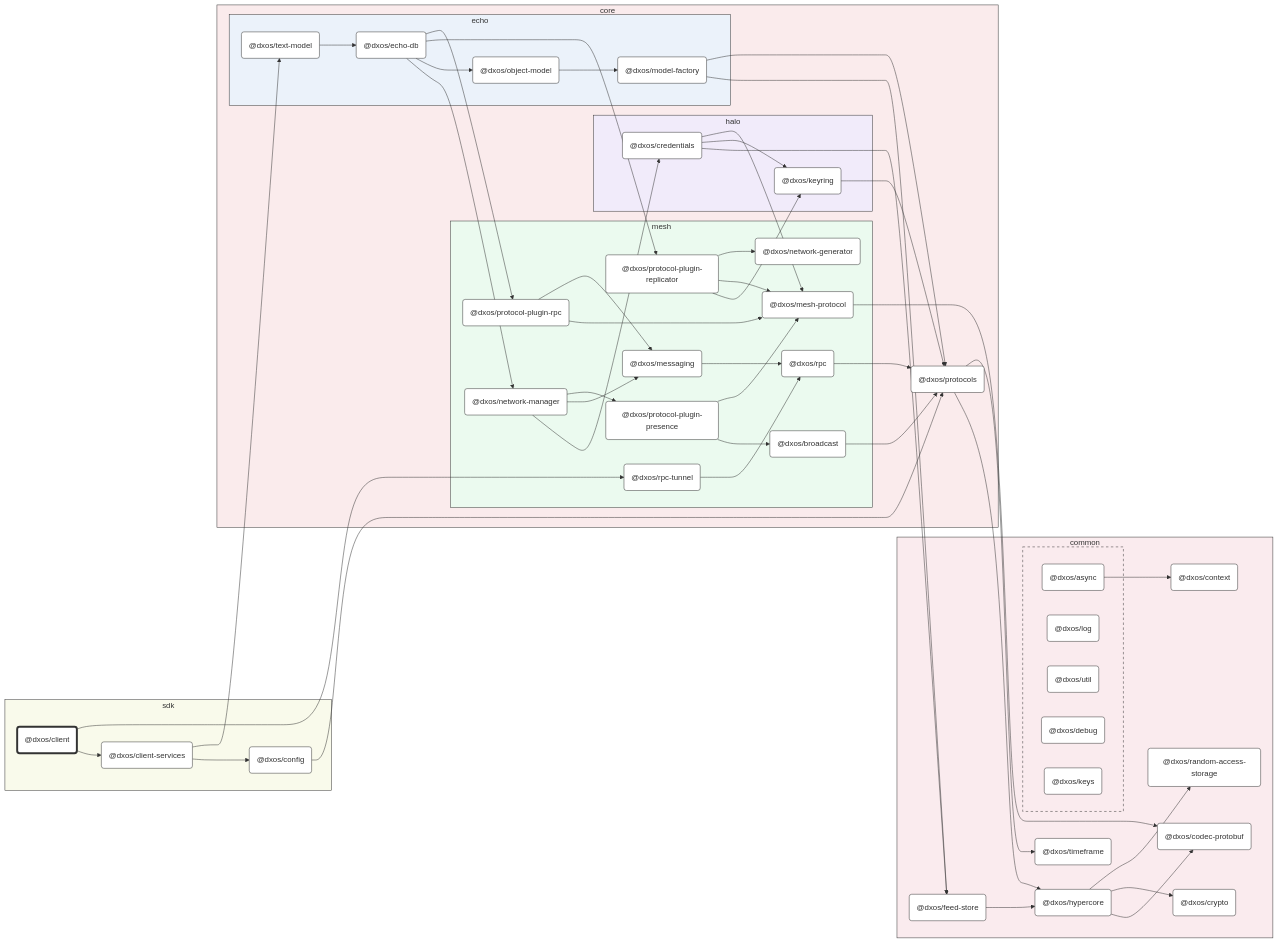
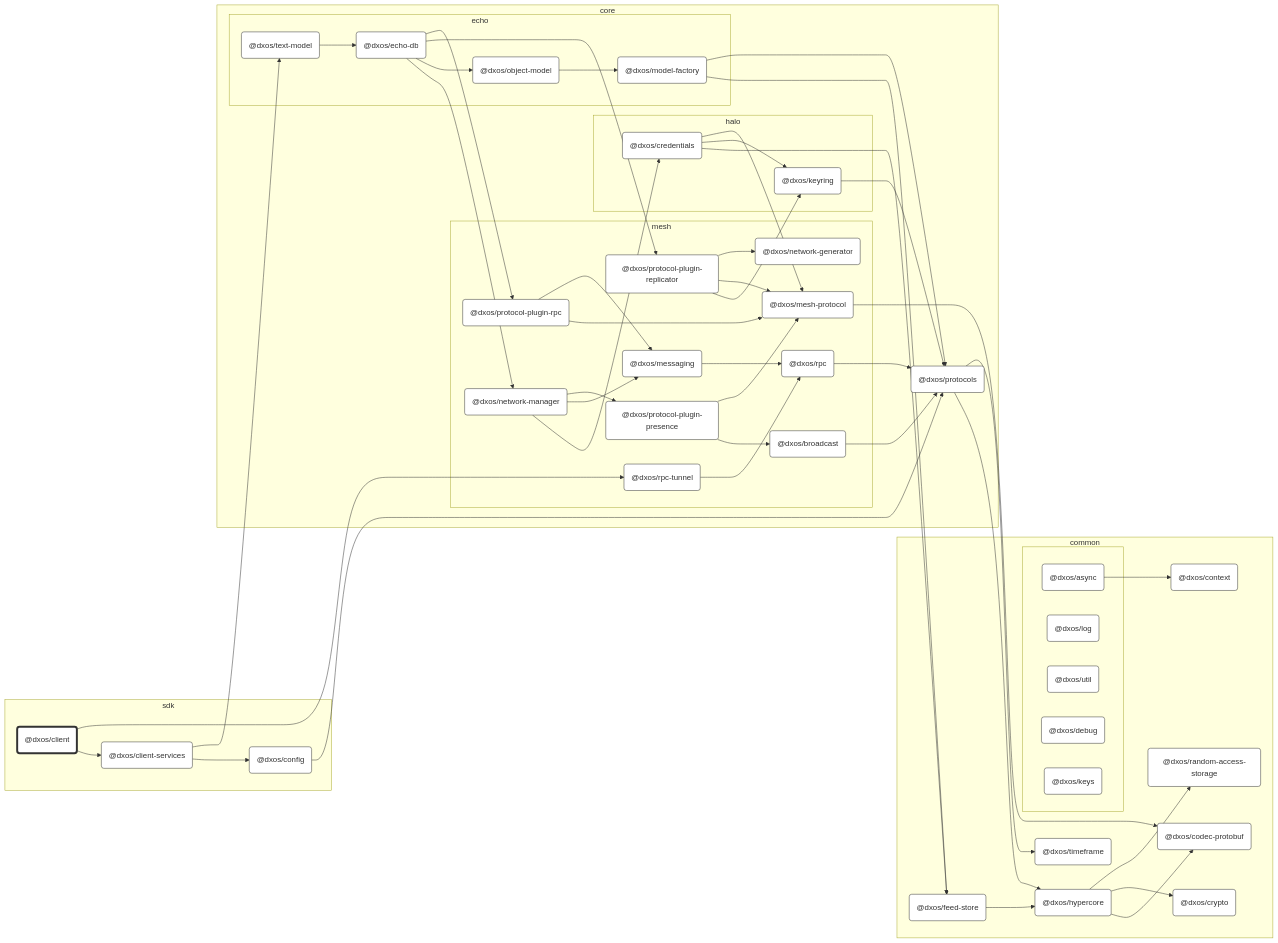
One commit to dxos/dxos changed the second of 2 diagrams in packages/sdk/client/docs/README.md. Above: the diagram before and after it, drawn with Mermaid. The commit also changed 80 other files, not shown here.

```diff
--- a/packages/sdk/client/docs/README.md
+++ b/packages/sdk/client/docs/README.md
@@ -39,7 +39,6 @@
 %% Nodes
 
 subgraph sdk [sdk]
-  style sdk fill:#f9faeb,stroke:#333
   dxos/client("@dxos/client"):::root
   click dxos/client "dxos/dxos/tree/main/packages/sdk/client/docs"
   dxos/client-services("@dxos/client-services"):::def
@@ -49,7 +48,6 @@
 end
 
 subgraph common [common]
-  style common fill:#faebee,stroke:#333
   dxos/context("@dxos/context"):::def
   click dxos/context "dxos/dxos/tree/main/packages/common/context/docs"
   dxos/codec-protobuf("@dxos/codec-protobuf"):::def
@@ -66,7 +64,6 @@
   click dxos/feed-store "dxos/dxos/tree/main/packages/common/feed-store/docs"
 
   subgraph _ [ ]
-    style _ fill:#faebee,stroke:#333,stroke-dasharray:5 5
     dxos/async("@dxos/async"):::def
     click dxos/async "dxos/dxos/tree/main/packages/common/async/docs"
     dxos/log("@dxos/log"):::def
@@ -81,12 +78,10 @@
 end
 
 subgraph core [core]
-  style core fill:#faebec,stroke:#333
   dxos/protocols("@dxos/protocols"):::def
   click dxos/protocols "dxos/dxos/tree/main/packages/core/protocols/docs"
 
   subgraph halo [halo]
-    style halo fill:#f1ebfa,stroke:#333
     dxos/credentials("@dxos/credentials"):::def
     click dxos/credentials "dxos/dxos/tree/main/packages/core/halo/credentials/docs"
     dxos/keyring("@dxos/keyring"):::def
@@ -94,7 +89,6 @@
   end
 
   subgraph mesh [mesh]
-    style mesh fill:#ebfaef,stroke:#333
     dxos/mesh-protocol("@dxos/mesh-protocol"):::def
     click dxos/mesh-protocol "dxos/dxos/tree/main/packages/core/mesh/mesh-protocol/docs"
     dxos/messaging("@dxos/messaging"):::def
@@ -118,7 +112,6 @@
   end
 
   subgraph echo [echo]
-    style echo fill:#ebf2fa,stroke:#333
     dxos/echo-db("@dxos/echo-db"):::def
     click dxos/echo-db "dxos/dxos/tree/main/packages/core/echo/echo-db/docs"
     dxos/model-factory("@dxos/model-factory"):::def
```
